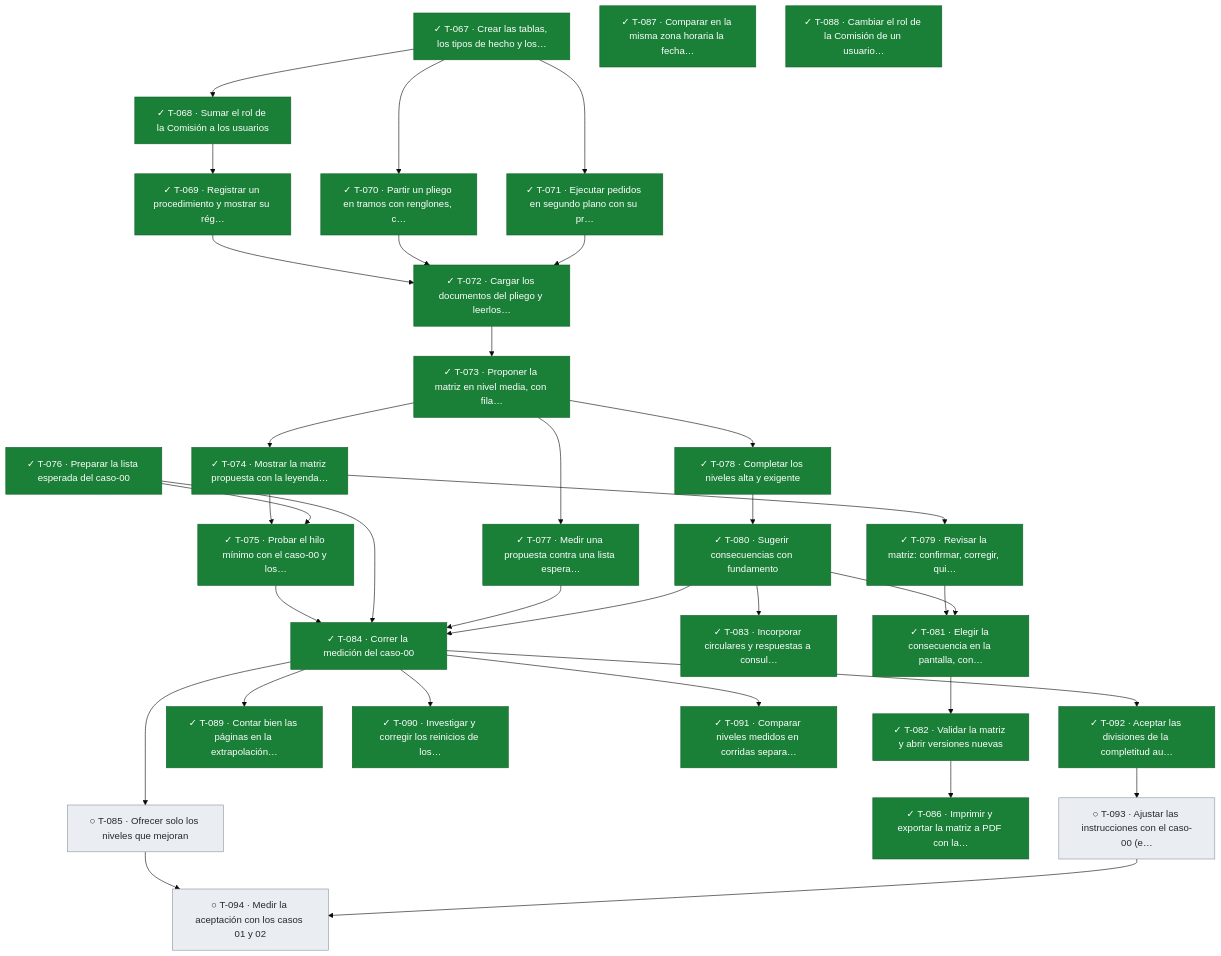
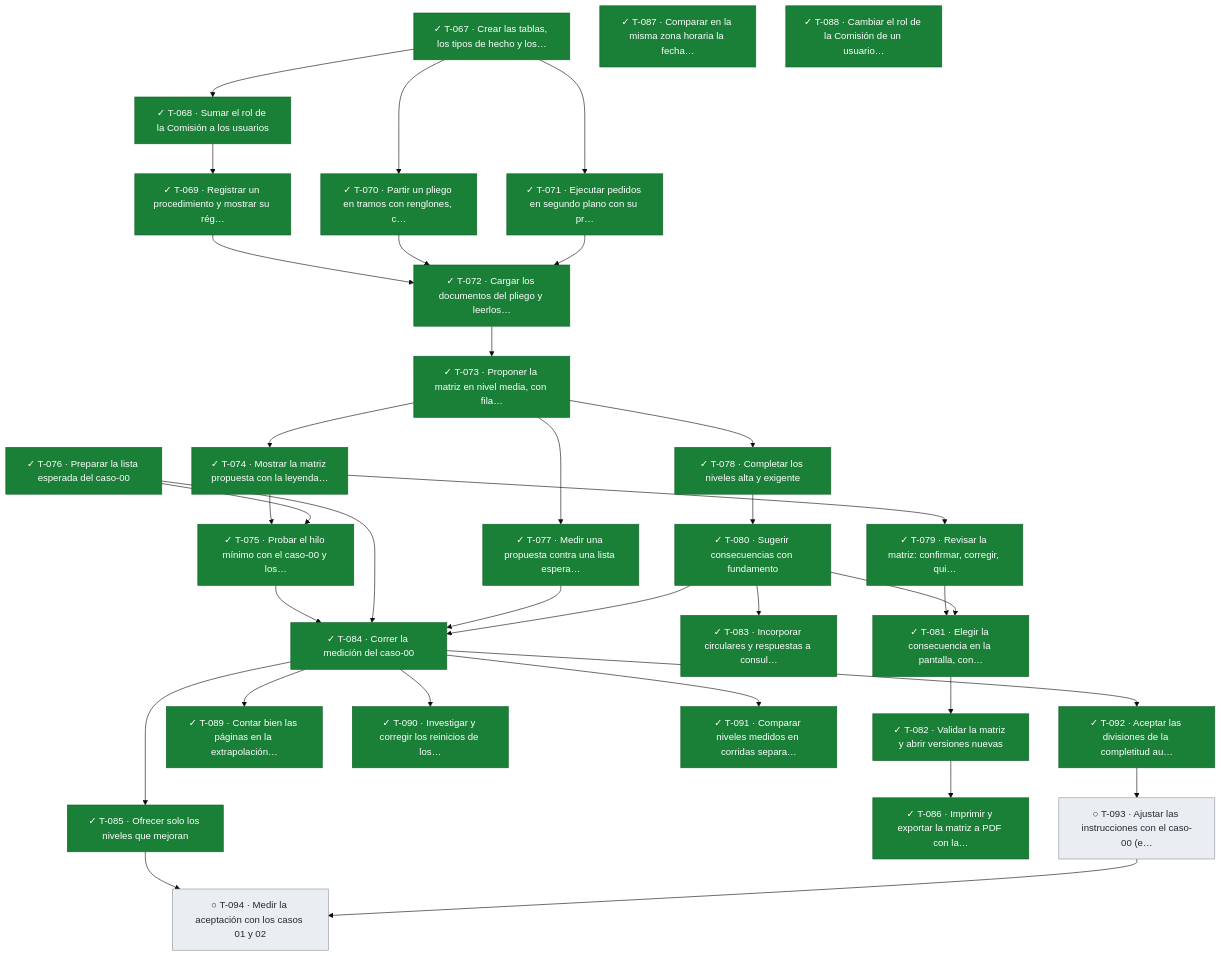
The fifth of 5 diagrams in docs/tablero.md (snavello/EVALUON), drawn with Mermaid (base theme) before and after one commit. The commit also changed other lines of this file and 1 other file, not shown here.

````diff
--- a/docs/tablero.md
+++ b/docs/tablero.md
@@ -407,68 +407,68 @@
 ```mermaid
 flowchart TD
   T067["✓ T-067 · Crear las tablas, los tipos de hecho y los…"]:::done
   T068["✓ T-068 · Sumar el rol de la Comisión a los usuarios"]:::done
   T069["✓ T-069 · Registrar un procedimiento y mostrar su rég…"]:::done
   T070["✓ T-070 · Partir un pliego en tramos con renglones, c…"]:::done
   T071["✓ T-071 · Ejecutar pedidos en segundo plano con su pr…"]:::done
   T072["✓ T-072 · Cargar los documentos del pliego y leerlos…"]:::done
   T073["✓ T-073 · Proponer la matriz en nivel media, con fila…"]:::done
   T074["✓ T-074 · Mostrar la matriz propuesta con la leyenda…"]:::done
   T075["✓ T-075 · Probar el hilo mínimo con el caso-00 y los…"]:::done
   T076["✓ T-076 · Preparar la lista esperada del caso-00"]:::done
   T077["✓ T-077 · Medir una propuesta contra una lista espera…"]:::done
   T078["✓ T-078 · Completar los niveles alta y exigente"]:::done
   T079["✓ T-079 · Revisar la matriz: confirmar, corregir, qui…"]:::done
   T080["✓ T-080 · Sugerir consecuencias con fundamento"]:::done
   T081["✓ T-081 · Elegir la consecuencia en la pantalla, con…"]:::done
   T082["✓ T-082 · Validar la matriz y abrir versiones nuevas"]:::done
   T083["✓ T-083 · Incorporar circulares y respuestas a consul…"]:::done
   T084["✓ T-084 · Correr la medición del caso-00"]:::done
-  T085["○ T-085 · Ofrecer solo los niveles que mejoran"]:::todo
+  T085["✓ T-085 · Ofrecer solo los niveles que mejoran"]:::done
   T086["✓ T-086 · Imprimir y exportar la matriz a PDF con la…"]:::done
   T087["✓ T-087 · Comparar en la misma zona horaria la fecha…"]:::done
   T088["✓ T-088 · Cambiar el rol de la Comisión de un usuario…"]:::done
   T089["✓ T-089 · Contar bien las páginas en la extrapolación…"]:::done
   T090["✓ T-090 · Investigar y corregir los reinicios de los…"]:::done
   T091["✓ T-091 · Comparar niveles medidos en corridas separa…"]:::done
   T092["✓ T-092 · Aceptar las divisiones de la completitud au…"]:::done
   T093["○ T-093 · Ajustar las instrucciones con el caso-00 (e…"]:::todo
   T094["○ T-094 · Medir la aceptación con los casos 01 y 02"]:::todo
   T067 --> T068
   T068 --> T069
   T067 --> T070
   T067 --> T071
   T069 --> T072
   T070 --> T072
   T071 --> T072
   T072 --> T073
   T073 --> T074
   T074 --> T075
   T076 --> T075
   T073 --> T077
   T073 --> T078
   T074 --> T079
   T078 --> T080
   T079 --> T081
   T080 --> T081
   T081 --> T082
   T080 --> T083
   T075 --> T084
   T076 --> T084
   T077 --> T084
   T080 --> T084
   T084 --> T085
   T082 --> T086
   T084 --> T089
   T084 --> T090
   T084 --> T091
   T084 --> T092
   T092 --> T093
   T085 --> T094
   T093 --> T094
   classDef done fill:#1a7f37,stroke:#116329,color:#ffffff
   classDef review fill:#0969da,stroke:#0550ae,color:#ffffff
   classDef active fill:#bf8700,stroke:#7d4e00,color:#ffffff
   classDef blocked fill:#cf222e,stroke:#a40e26,color:#ffffff
   classDef todo fill:#eaeef2,stroke:#8c959f,color:#24292f
 ```
````
